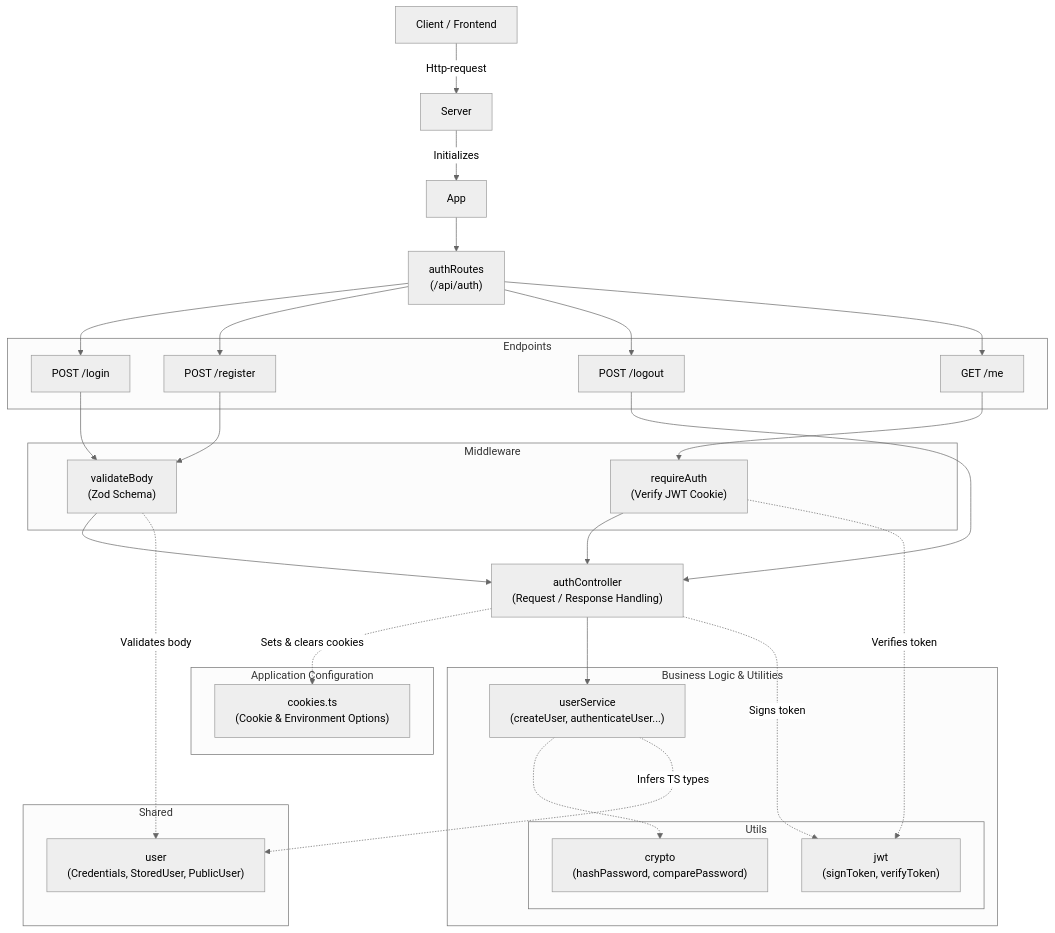
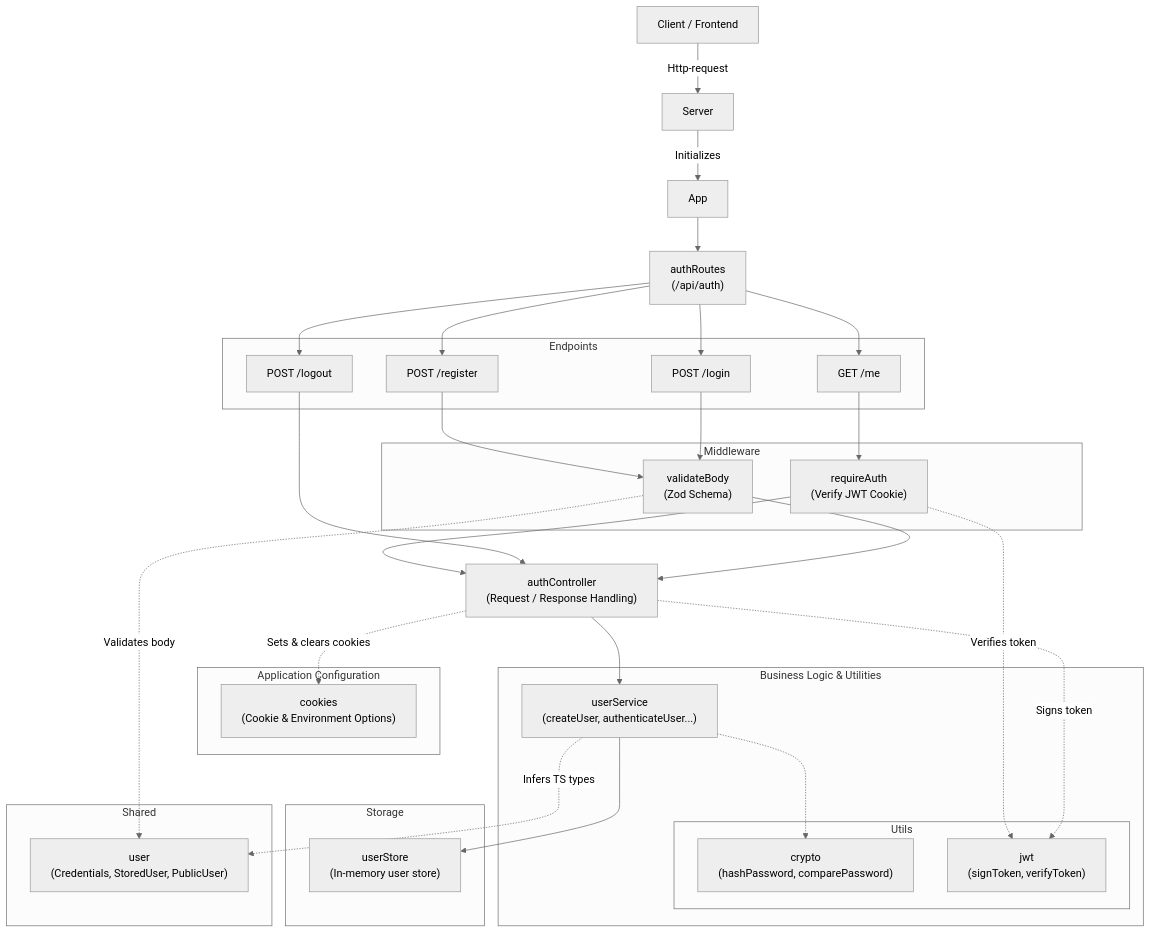
The diagram in docs/architecture.md (jannikwk/login-token-authentication), drawn with Mermaid (neutral theme) before and after one commit. The commit also changed other lines of this file, not shown here.

Commit message:
docs: update component diagram to include userStore

````diff
--- a/docs/architecture.md
+++ b/docs/architecture.md
@@ -3,68 +5,74 @@
 ```mermaid
 %%{init: {'flowchart': {'wrappingWidth': 600}}}%%
 graph TD
     Client["Client / Frontend"]
     Server
     App
 
     Client -->|Http-request| Server
     Server -->|Initializes| App
 
     Routes["authRoutes <br> (/api/auth)"]
 
     App --> Routes
 
     subgraph Endpoints
         Login["POST /login"]
         Register["POST /register"]
         Logout["POST /logout"]
         Me["GET /me"]
     end
 
     Routes --> Login
     Routes --> Register
     Routes --> Logout
     Routes --> Me
 
     subgraph Middleware
         ValidateBody["validateBody <br> (Zod Schema)"]
         RequireAuth["requireAuth <br> (Verify JWT Cookie)"]
     end
 
     Login --> ValidateBody
     Register --> ValidateBody
     Me --> RequireAuth
 
     AuthController["authController <br> (Request / Response Handling)"]
 
     ValidateBody --> AuthController
     Logout --> AuthController
     RequireAuth --> AuthController
 
     subgraph Configurations ["Application Configuration"]
-        Cookies["cookies.ts <br> (Cookie & Environment Options)"]
+        Cookies["cookies <br> (Cookie & Environment Options)"]
     end
 
     AuthController -.->|Sets & clears cookies| Cookies
 
     subgraph Business_Logic["Business Logic & Utilities"]
         UserService["userService <br> (createUser, authenticateUser...)"]
 
         subgraph Utils
             Crypto["crypto <br> (hashPassword, comparePassword)"]
             JWT["jwt <br> (signToken, verifyToken)"]
         end
     end
 
     AuthController --> UserService
     UserService -.-> Crypto
     AuthController -.->|Signs token| JWT
     RequireAuth -.->|Verifies token| JWT
 
+    subgraph Storage["Storage"]
+        UserStore["userStore <br> (In-memory user store)"]
+    end
+
+    UserService --> UserStore
+
     subgraph Shared
         User["user <br> (Credentials, StoredUser, PublicUser)"]
     end
 
     ValidateBody -.->|Validates body| User
     UserService -.->|Infers TS types| User
 ```
````
